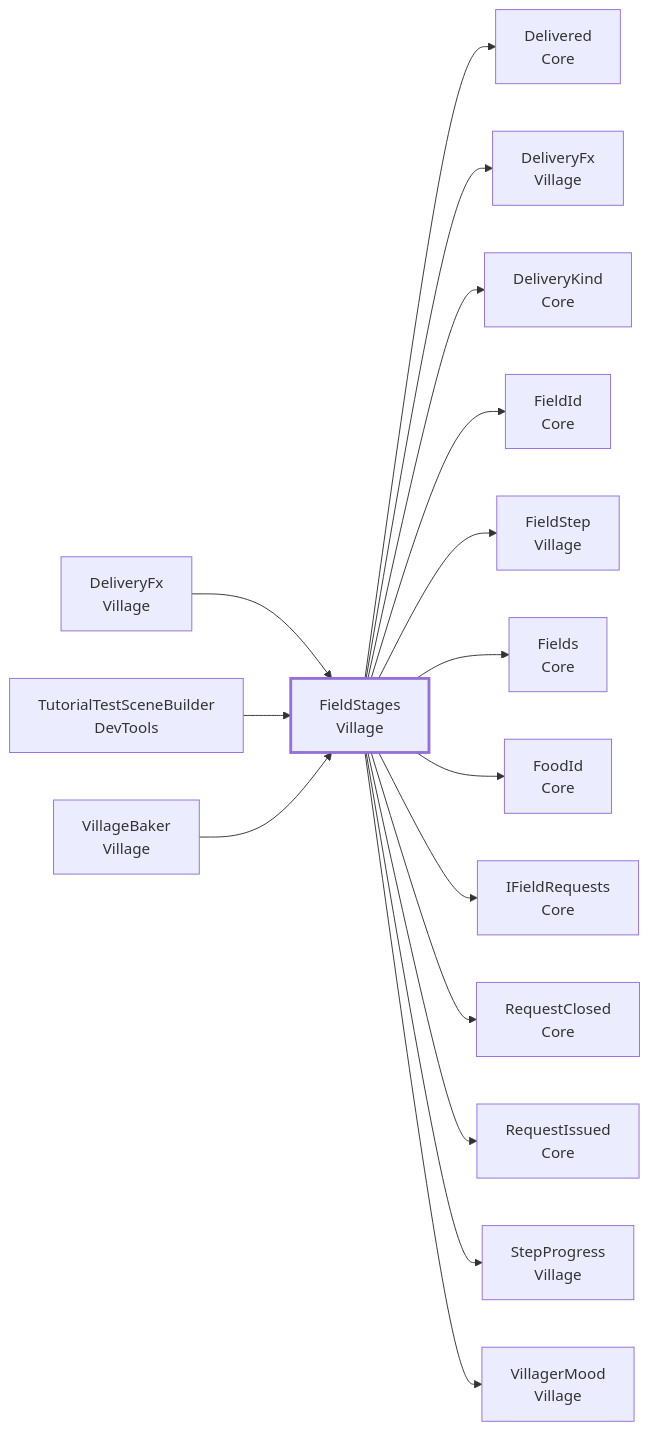
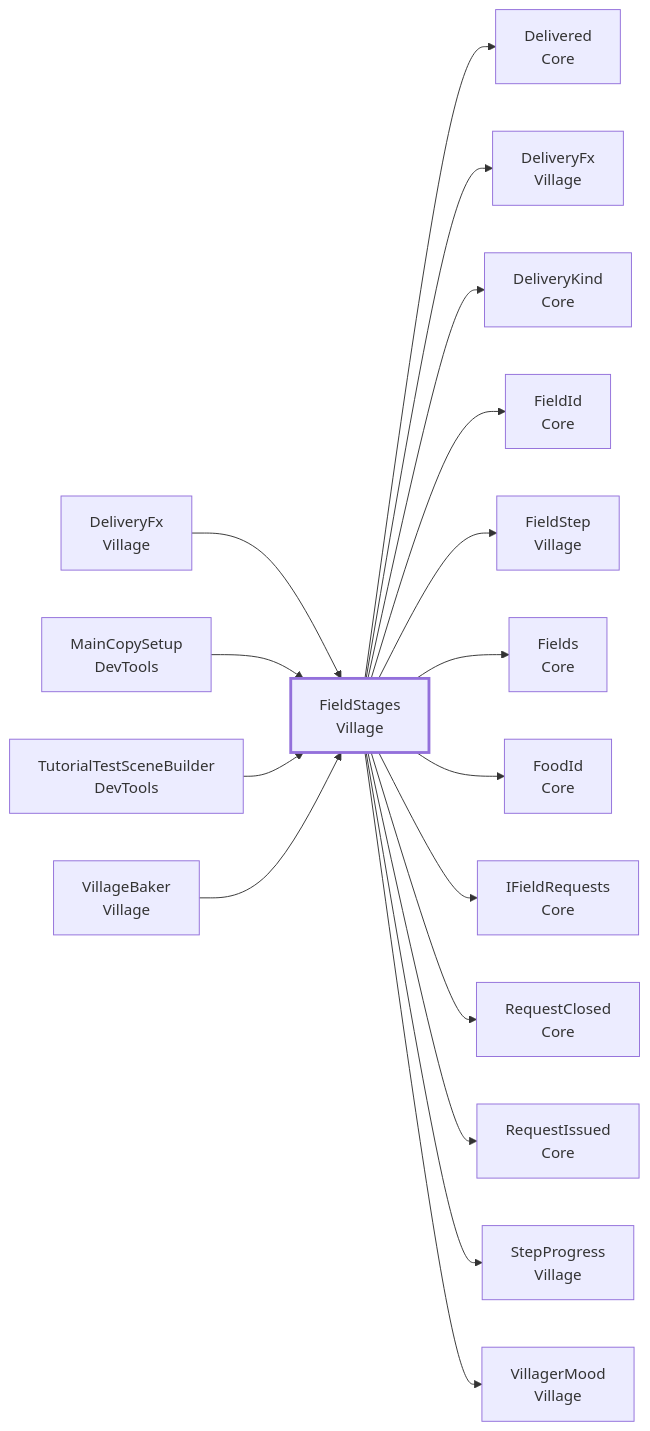
The third of 10 diagrams in docs/api/Village.md (Fialuxe/MouthOfGod_System), drawn with Mermaid before and after one commit. The commit also changed other lines of this file and 18 other files, not shown here.

First line of the commit message:
Main の写し（Main_Copy）を作り、本編まで試すメニューと、吹き出しを全部出す Play 中のメニューを足す

````diff
--- a/docs/api/Village.md
+++ b/docs/api/Village.md
@@ -202,20 +202,21 @@
 ```mermaid
 flowchart LR
   C_FieldStages["FieldStages<br/>Village"]:::me
   U_DeliveryFx["DeliveryFx<br/>Village"] --> C_FieldStages
+  U_MainCopySetup["MainCopySetup<br/>DevTools"] --> C_FieldStages
   U_TutorialTestSceneBuilder["TutorialTestSceneBuilder<br/>DevTools"] --> C_FieldStages
   U_VillageBaker["VillageBaker<br/>Village"] --> C_FieldStages
   C_FieldStages --> D_Delivered["Delivered<br/>Core"]
   C_FieldStages --> D_DeliveryFx["DeliveryFx<br/>Village"]
   C_FieldStages --> D_DeliveryKind["DeliveryKind<br/>Core"]
   C_FieldStages --> D_FieldId["FieldId<br/>Core"]
   C_FieldStages --> D_FieldStep["FieldStep<br/>Village"]
   C_FieldStages --> D_Fields["Fields<br/>Core"]
   C_FieldStages --> D_FoodId["FoodId<br/>Core"]
   C_FieldStages --> D_IFieldRequests["IFieldRequests<br/>Core"]
   C_FieldStages --> D_RequestClosed["RequestClosed<br/>Core"]
   C_FieldStages --> D_RequestIssued["RequestIssued<br/>Core"]
   C_FieldStages --> D_StepProgress["StepProgress<br/>Village"]
   C_FieldStages --> D_VillagerMood["VillagerMood<br/>Village"]
   classDef me stroke-width:3px
 ```
````
